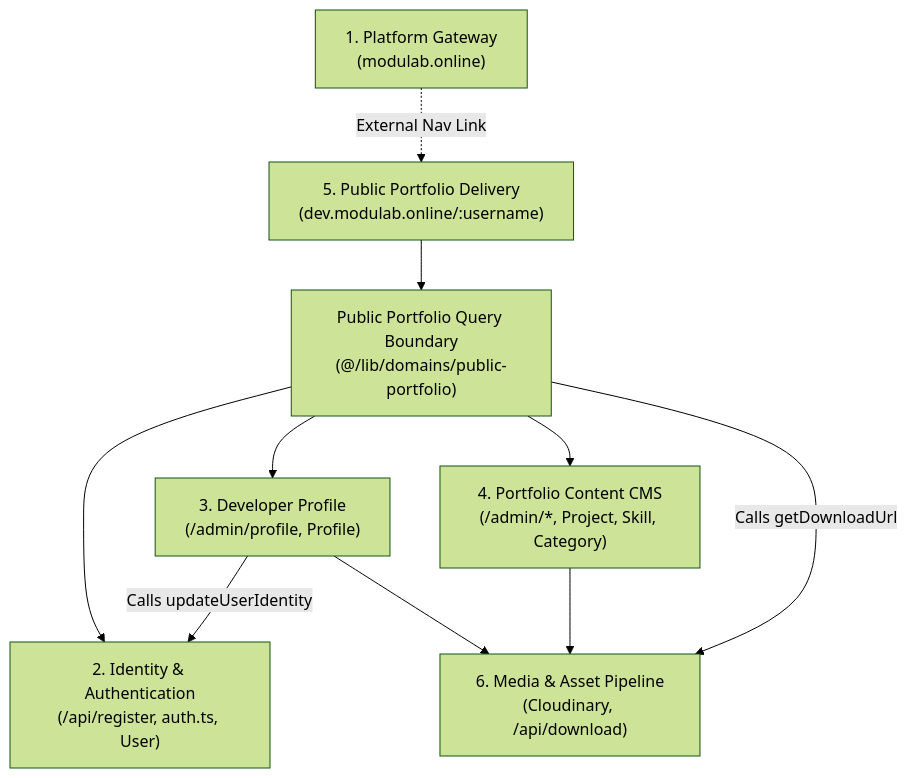
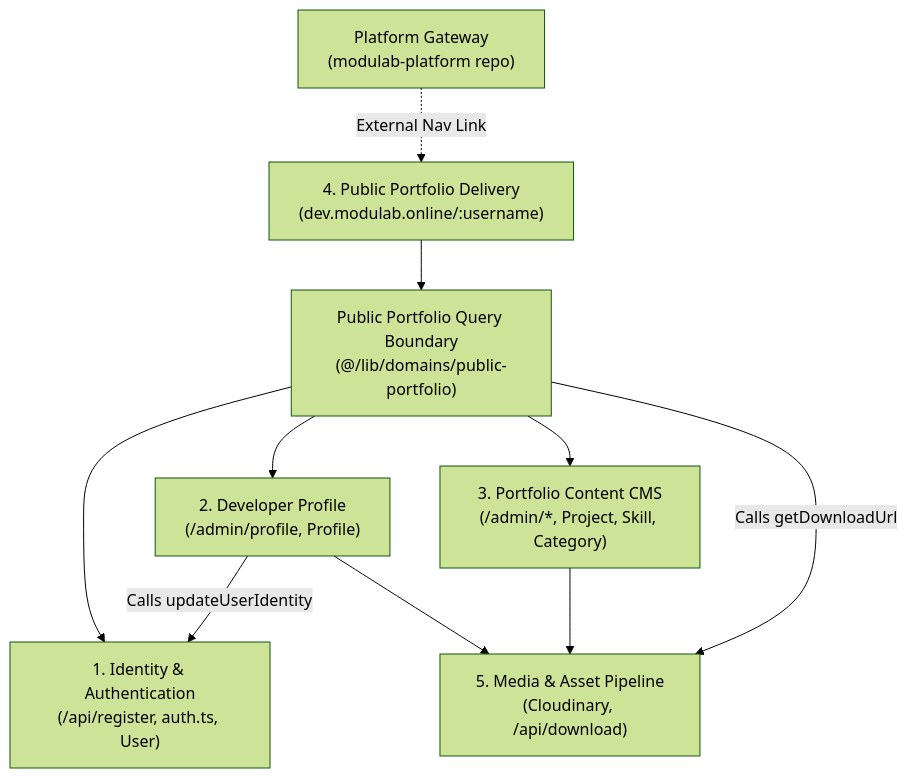
One commit to harishghorui/modulab-portfolio changed the fourth of 6 diagrams in docs/architecture/ARCHITECTURE.md. Above: the diagram before and after it, drawn with Mermaid (forest theme). The commit also changed other lines of this file and 14 other files, not shown here.

Commit message:
refactor: separate portfolio from platform

````diff
--- a/docs/architecture/ARCHITECTURE.md
+++ b/docs/architecture/ARCHITECTURE.md
@@ -216,20 +211,20 @@
 ```mermaid
 graph TD
-    PlatformGateway["1. Platform Gateway<br/>(modulab.online)"]
-    IdentityDomain["2. Identity & Authentication<br/>(/api/register, auth.ts, User)"]
-    ProfileDomain["3. Developer Profile<br/>(/admin/profile, Profile)"]
-    CMSDomain["4. Portfolio Content CMS<br/>(/admin/*, Project, Skill, Category)"]
-    PublicDelivery["5. Public Portfolio Delivery<br/>(dev.modulab.online/:username)"]
+    PlatformGateway["Platform Gateway<br/>(modulab-platform repo)"]
+    IdentityDomain["1. Identity & Authentication<br/>(/api/register, auth.ts, User)"]
+    ProfileDomain["2. Developer Profile<br/>(/admin/profile, Profile)"]
+    CMSDomain["3. Portfolio Content CMS<br/>(/admin/*, Project, Skill, Category)"]
+    PublicDelivery["4. Public Portfolio Delivery<br/>(dev.modulab.online/:username)"]
     PublicQueryBoundary["Public Portfolio Query Boundary<br/>(@/lib/domains/public-portfolio)"]
-    MediaPipeline["6. Media & Asset Pipeline<br/>(Cloudinary, /api/download)"]
+    MediaPipeline["5. Media & Asset Pipeline<br/>(Cloudinary, /api/download)"]
 
     PlatformGateway -.->|External Nav Link| PublicDelivery
     ProfileDomain -->|Calls updateUserIdentity| IdentityDomain
     ProfileDomain --> MediaPipeline
     CMSDomain --> MediaPipeline
     PublicDelivery --> PublicQueryBoundary
     PublicQueryBoundary --> IdentityDomain
     PublicQueryBoundary --> ProfileDomain
     PublicQueryBoundary --> CMSDomain
     PublicQueryBoundary -->|Calls getDownloadUrl| MediaPipeline
 ```
````
